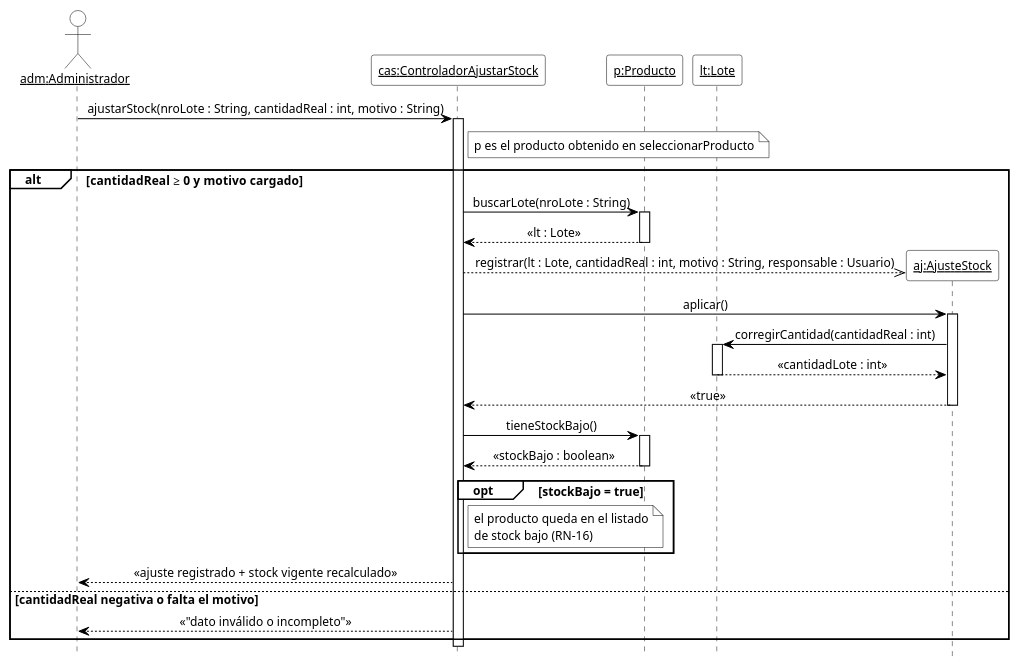
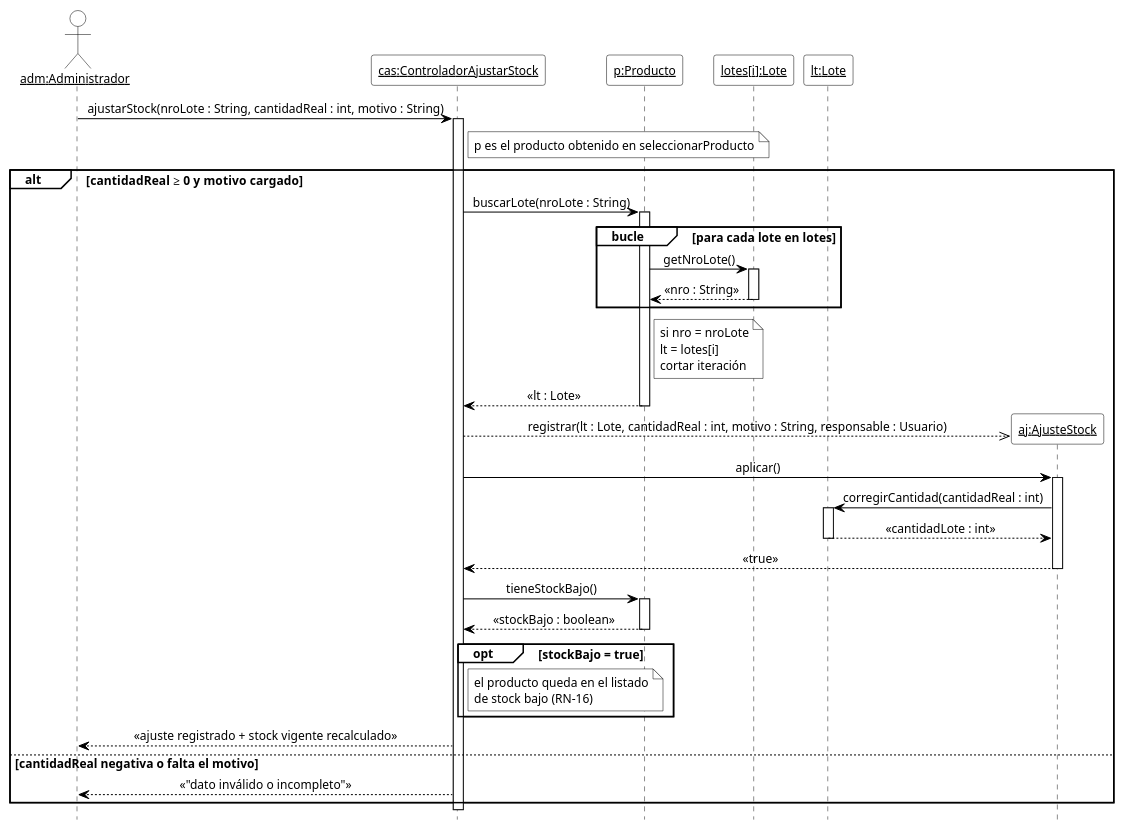
One commit to cirotop/Stock-Project changed diagram 13 of 17 in 08-Diagrama De Secuencia/Diagramas_de_Secuencia.md. Above: the diagram before and after it, drawn with PlantUML. The commit also changed other lines of this file and 36 other files, not shown here.

````diff
--- a/08-Diagrama De Secuencia/Diagramas_de_Secuencia.md
+++ b/08-Diagrama De Secuencia/Diagramas_de_Secuencia.md
@@ -765,51 +921,63 @@
 ```plantuml
 @startuml DSD_CU-06_ajustarStock
 ' Diagrama de Secuencia de Diseño (DSD) - CU-06 Ajustar stock - ajustarStock
 ' Estilo de los ejemplos de la teoría (introducirArticulo / crearNuevaVenta).
 hide footbox
 skinparam shadowing false
 skinparam defaultFontName Arial
 skinparam defaultFontSize 12
 skinparam sequenceMessageAlign center
 skinparam ArrowColor black
 skinparam ParticipantBackgroundColor white
 skinparam ParticipantBorderColor black
+skinparam CollectionsBackgroundColor white
+skinparam CollectionsBorderColor black
 skinparam ActorBackgroundColor white
 skinparam ActorBorderColor black
 skinparam LifeLineBorderColor black
 skinparam LifeLineBackgroundColor white
 skinparam SequenceGroupBackgroundColor white
 skinparam SequenceGroupBorderColor black
 skinparam SequenceGroupHeaderFontColor black
 skinparam NoteBackgroundColor white
 skinparam NoteBorderColor black
 
 actor "<u>adm:Administrador</u>" as adm
 participant "<u>cas:ControladorAjustarStock</u>" as cas
 participant "<u>p:Producto</u>" as p
+participant "<u>lotes[i]:Lote</u>" as li
 participant "<u>lt:Lote</u>" as lt
 
 adm -> cas ++ : ajustarStock(nroLote : String, cantidadReal : int, motivo : String)
 note right of cas : p es el producto obtenido en seleccionarProducto
 alt cantidadReal ≥ 0 y motivo cargado
   cas -> p ++ : buscarLote(nroLote : String)
+  group bucle [para cada lote en lotes]
+    p -> li ++ : getNroLote()
+    li --> p -- : «nro : String»
+  end
+  note right of p
+    si nro = nroLote
+    lt = lotes[i]
+    cortar iteración
+  end note
   p --> cas -- : «lt : Lote»
   create participant "<u>aj:AjusteStock</u>" as aj
   cas -->> aj : registrar(lt : Lote, cantidadReal : int, motivo : String, responsable : Usuario)
   cas -> aj ++ : aplicar()
   aj -> lt ++ : corregirCantidad(cantidadReal : int)
   lt --> aj -- : «cantidadLote : int»
   aj --> cas -- : «true»
   cas -> p ++ : tieneStockBajo()
   p --> cas -- : «stockBajo : boolean»
   opt stockBajo = true
     note right of cas : el producto queda en el listado\nde stock bajo (RN-16)
   end
   cas --> adm : «ajuste registrado + stock vigente recalculado»
 else cantidadReal negativa o falta el motivo
   cas --> adm : «"dato inválido o incompleto"»
 end
 deactivate cas
 
 @enduml
 ```
````
